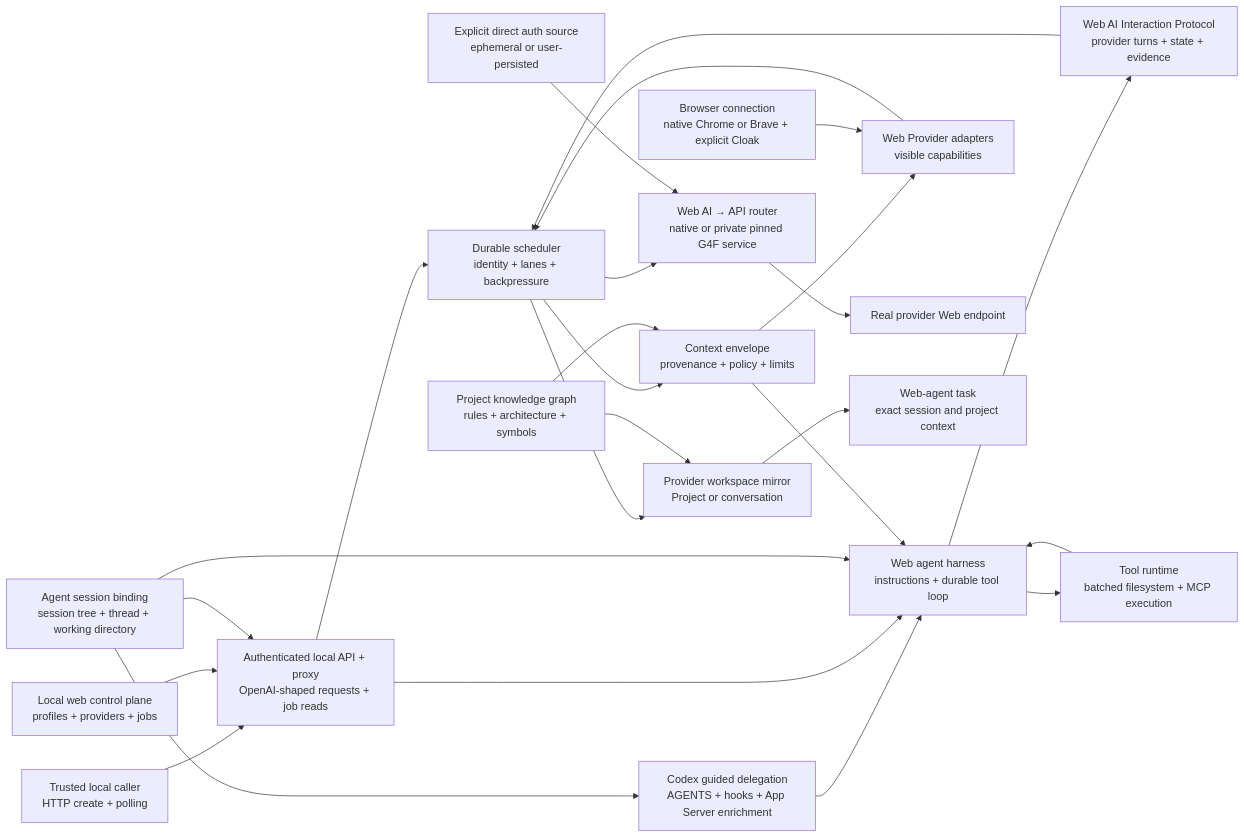
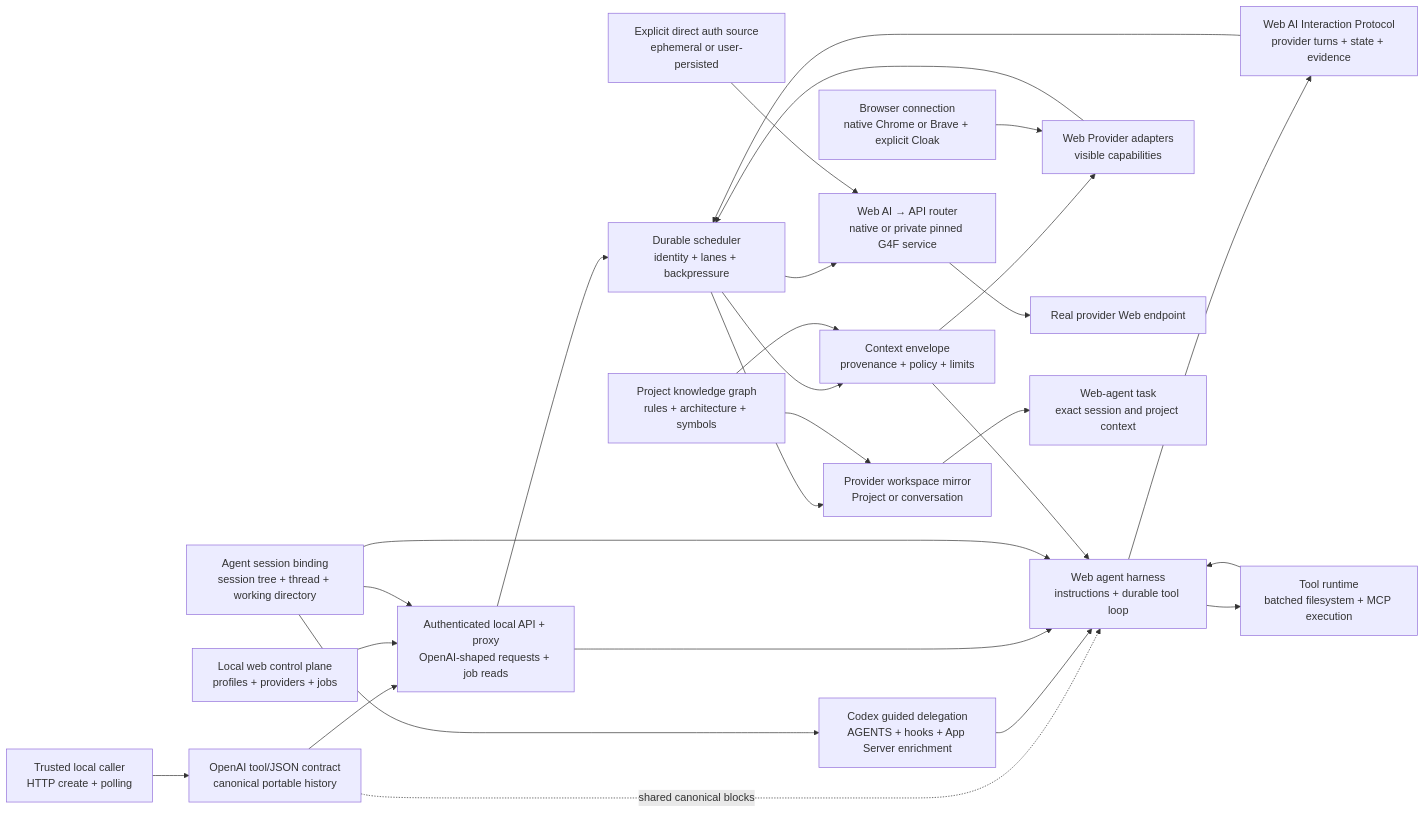
Before and after one commit to jazelly/tokenless: the diagram in docs/roadmaps/README.md, drawn with Mermaid. The commit also changed other lines of this file and 3 other files, not shown here.

Commit message:
docs(roadmap): define tool calling mission

````diff
--- a/docs/roadmaps/README.md
+++ b/docs/roadmaps/README.md
@@ -72,46 +75,49 @@
 ```mermaid
 flowchart LR
   Caller["Trusted local caller<br/>HTTP create + polling"]
   UI["Local web control plane<br/>profiles + providers + jobs"]
+  Compat["OpenAI tool/JSON contract<br/>canonical portable history"]
   API["Authenticated local API + proxy<br/>OpenAI-shaped requests + job reads"]
   Session["Agent session binding<br/>session tree + thread + working directory"]
   Codex["Codex guided delegation<br/>AGENTS + hooks + App Server enrichment"]
   Scheduler["Durable scheduler<br/>identity + lanes + backpressure"]
   Context["Context envelope<br/>provenance + policy + limits"]
   Harness["Web agent harness<br/>instructions + durable tool loop"]
   Protocol["Web AI Interaction Protocol<br/>provider turns + state + evidence"]
   Tools["Tool runtime<br/>batched filesystem + MCP execution"]
   Graph["Project knowledge graph<br/>rules + architecture + symbols"]
   Browser["Browser connection<br/>native Chrome or Brave + explicit Cloak"]
   Provider["Web Provider adapters<br/>visible capabilities"]
   Auth["Explicit direct auth source<br/>ephemeral or user-persisted"]
   Direct["Web AI → API router<br/>native or private pinned G4F service"]
   Endpoint["Real provider Web endpoint"]
   Workspace["Provider workspace mirror<br/>Project or conversation"]
   Task["Web-agent task<br/>exact session and project context"]
 
-  Caller --> API
+  Caller --> Compat
+  Compat --> API
+  Compat -. shared canonical blocks .-> Harness
   UI --> API
   Session --> API
   Session --> Codex
   Codex --> Harness
   API --> Scheduler
   Scheduler --> Context
   Graph --> Context
   API --> Harness
   Session --> Harness
   Context --> Harness
   Harness --> Protocol
   Protocol --> Scheduler
   Harness --> Tools
   Tools --> Harness
   Context --> Provider
   Browser --> Provider
   Provider --> Scheduler
   Scheduler --> Direct
   Auth --> Direct
   Direct --> Endpoint
   Scheduler --> Workspace
   Graph --> Workspace
   Workspace --> Task
 ```
````
